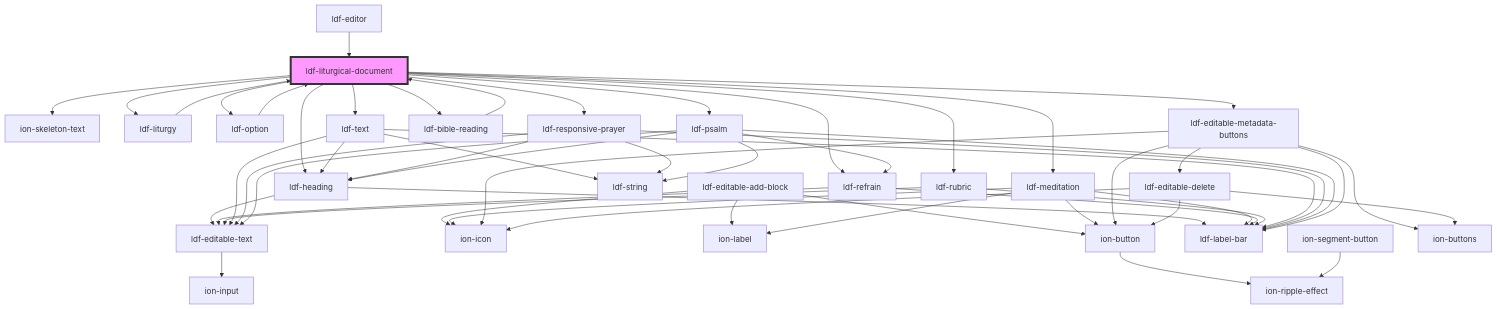
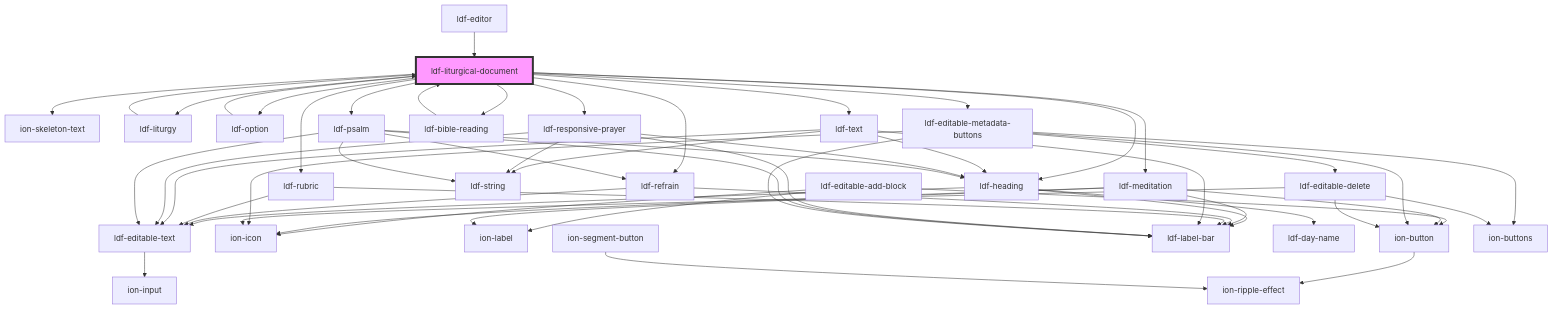
Before and after one commit to gbj/venite: the diagram in components/src/components/liturgical-document/readme.md, drawn with Mermaid. The commit also changed 14 other files, not shown here.

Commit message:
Heading day/date fields

````diff
--- a/components/src/components/liturgical-document/readme.md
+++ b/components/src/components/liturgical-document/readme.md
@@ -53,57 +53,58 @@
 ```mermaid
 graph TD;
   ldf-liturgical-document --> ion-skeleton-text
   ldf-liturgical-document --> ldf-liturgy
   ldf-liturgical-document --> ldf-heading
   ldf-liturgical-document --> ldf-meditation
   ldf-liturgical-document --> ldf-option
   ldf-liturgical-document --> ldf-refrain
   ldf-liturgical-document --> ldf-rubric
   ldf-liturgical-document --> ldf-text
   ldf-liturgical-document --> ldf-responsive-prayer
   ldf-liturgical-document --> ldf-bible-reading
   ldf-liturgical-document --> ldf-psalm
   ldf-liturgical-document --> ldf-editable-metadata-buttons
   ldf-liturgy --> ldf-liturgical-document
   ldf-editable-add-block --> ion-button
   ldf-editable-add-block --> ion-icon
   ldf-editable-add-block --> ion-label
   ion-button --> ion-ripple-effect
   ldf-heading --> ldf-editable-text
   ldf-heading --> ldf-label-bar
+  ldf-heading --> ldf-day-name
   ldf-editable-text --> ion-input
   ldf-meditation --> ion-button
   ldf-meditation --> ion-icon
   ldf-meditation --> ion-label
   ldf-meditation --> ldf-label-bar
   ldf-option --> ldf-liturgical-document
   ion-segment-button --> ion-ripple-effect
   ldf-refrain --> ldf-label-bar
   ldf-refrain --> ldf-editable-text
   ldf-rubric --> ldf-label-bar
   ldf-rubric --> ldf-editable-text
   ldf-text --> ldf-label-bar
   ldf-text --> ldf-heading
   ldf-text --> ldf-editable-text
   ldf-text --> ldf-string
   ldf-responsive-prayer --> ldf-editable-text
   ldf-responsive-prayer --> ldf-string
   ldf-responsive-prayer --> ldf-label-bar
   ldf-responsive-prayer --> ldf-heading
   ldf-bible-reading --> ldf-liturgical-document
   ldf-psalm --> ldf-refrain
   ldf-psalm --> ldf-heading
   ldf-psalm --> ldf-label-bar
   ldf-psalm --> ldf-editable-text
   ldf-psalm --> ldf-string
   ldf-editable-metadata-buttons --> ldf-label-bar
   ldf-editable-metadata-buttons --> ion-buttons
   ldf-editable-metadata-buttons --> ion-button
   ldf-editable-metadata-buttons --> ion-icon
   ldf-editable-metadata-buttons --> ldf-editable-delete
   ldf-editable-delete --> ion-buttons
   ldf-editable-delete --> ion-button
   ldf-editable-delete --> ion-icon
   ldf-editor --> ldf-liturgical-document
   style ldf-liturgical-document fill:#f9f,stroke:#333,stroke-width:4px
 ```
````
